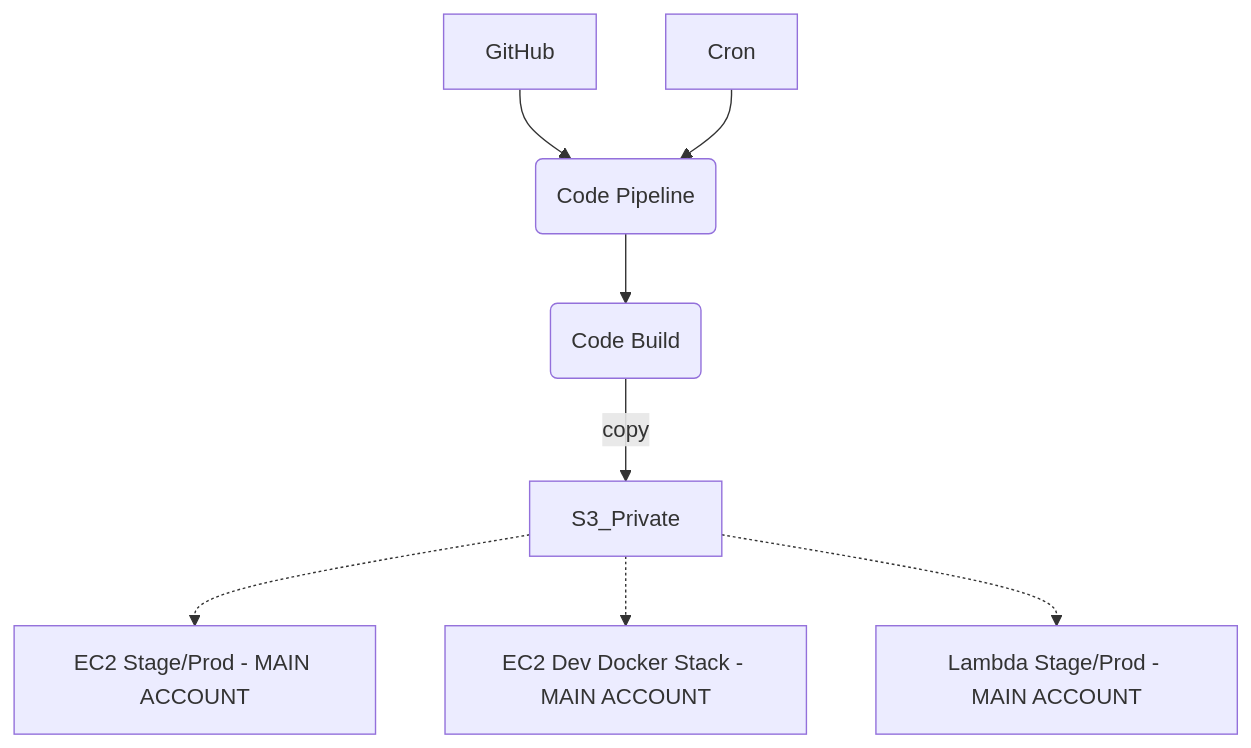
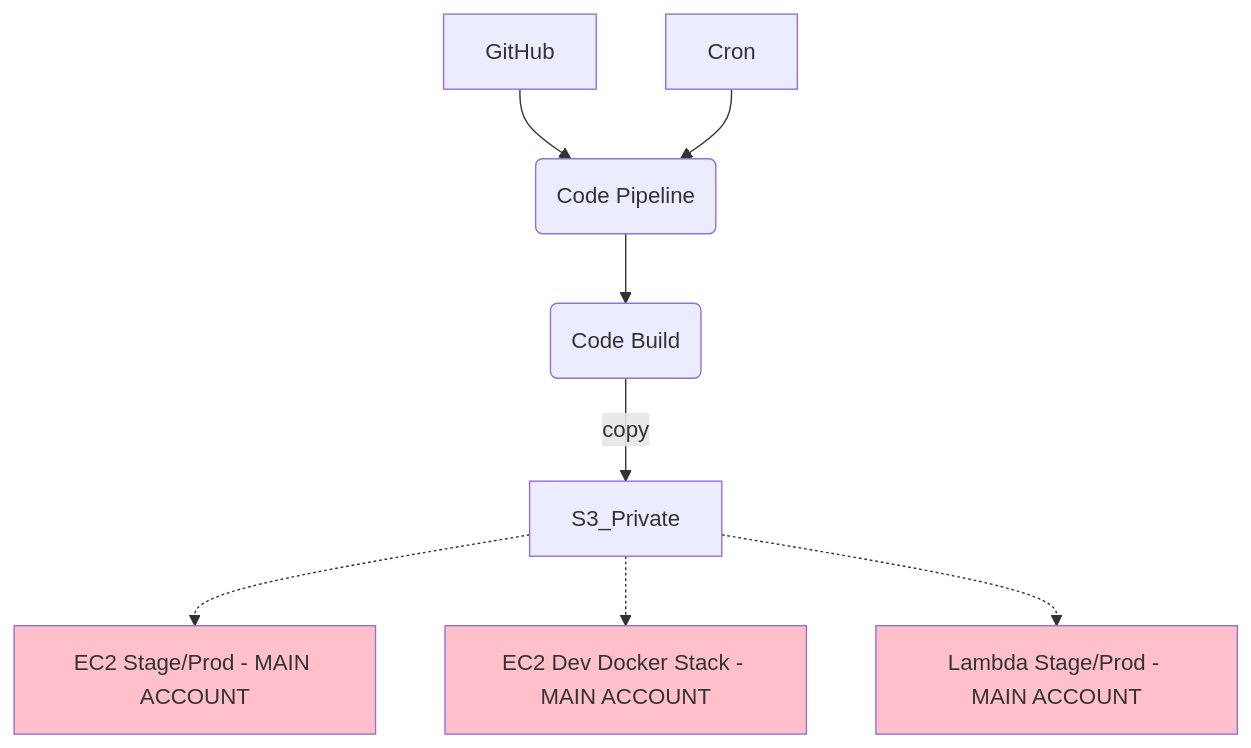
Before and after one commit to CDLUC3/mrt-doc: diagram 11 of 11 in design/aws-build/README.md, drawn with Mermaid. The commit also changed other lines of this file, not shown here.

````diff
--- a/design/aws-build/README.md
+++ b/design/aws-build/README.md
@@ -320,16 +324,20 @@
 ```mermaid
 graph TD
   GitHub --> Pipeline
   Cron --> Pipeline
   Pipeline(Code Pipeline)
   Pipeline --> Build
   Build(Code Build)
   S3_Private
   Build --> |copy| S3_Private
   EC2[EC2 Stage/Prod - MAIN ACCOUNT]
   EC2_Dev[EC2 Dev Docker Stack - MAIN ACCOUNT]
   Lambda[Lambda Stage/Prod - MAIN ACCOUNT]
   S3_Private -.-> EC2
   S3_Private -.-> EC2_Dev
   S3_Private -.-> Lambda
+  style EC2 fill:pink
+  style EC2_Dev fill:pink
+  style Lambda fill:pink
+
 ```
````
